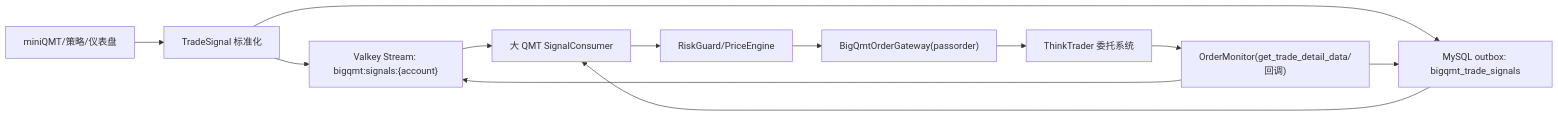
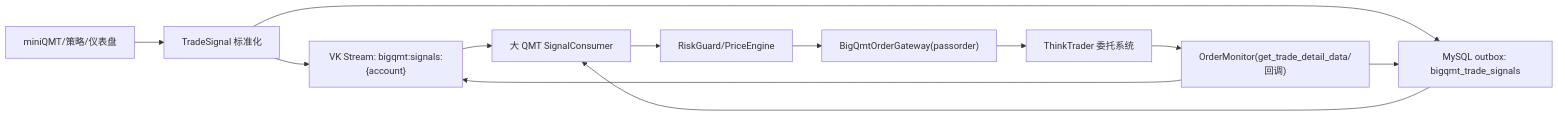
Before and after one commit to evilpapa/xtquant-big-convert: the first of 3 diagrams in docs/BIGQMT_SIGNAL_TRADER_PLAN.md, drawn with Mermaid. The commit also changed other lines of this file and 211 other files, not shown here.

````diff
--- a/docs/BIGQMT_SIGNAL_TRADER_PLAN.md
+++ b/docs/BIGQMT_SIGNAL_TRADER_PLAN.md
@@ -52,14 +52,14 @@
 ```mermaid
 flowchart LR
     A["miniQMT/策略/仪表盘"] --> B["TradeSignal 标准化"]
-    B --> C["Valkey Stream: bigqmt:signals:{account}"]
+    B --> C["VK Stream: bigqmt:signals:{account}"]
     B --> D["MySQL outbox: bigqmt_trade_signals"]
     C --> E["大 QMT SignalConsumer"]
     D --> E
     E --> F["RiskGuard/PriceEngine"]
     F --> G["BigQmtOrderGateway(passorder)"]
     G --> H["ThinkTrader 委托系统"]
     H --> I["OrderMonitor(get_trade_detail_data/回调)"]
     I --> C
     I --> D
 ```
````
